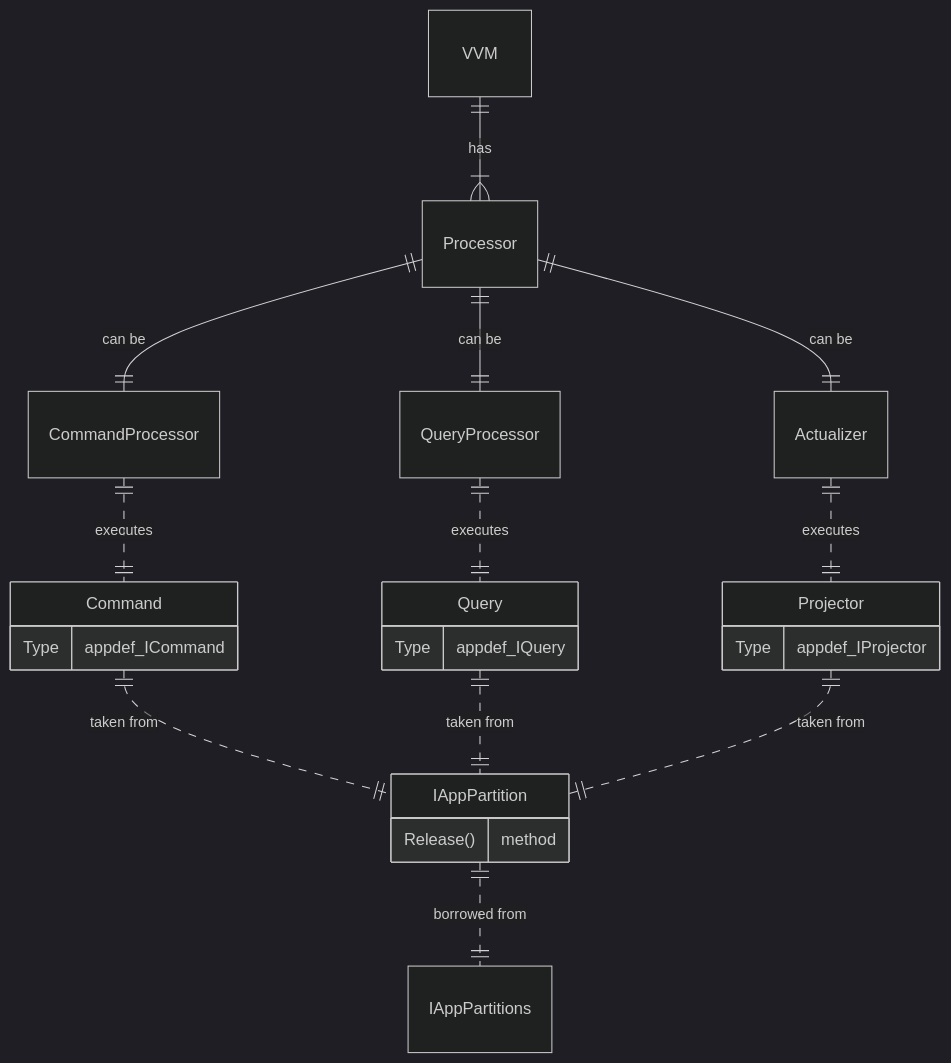
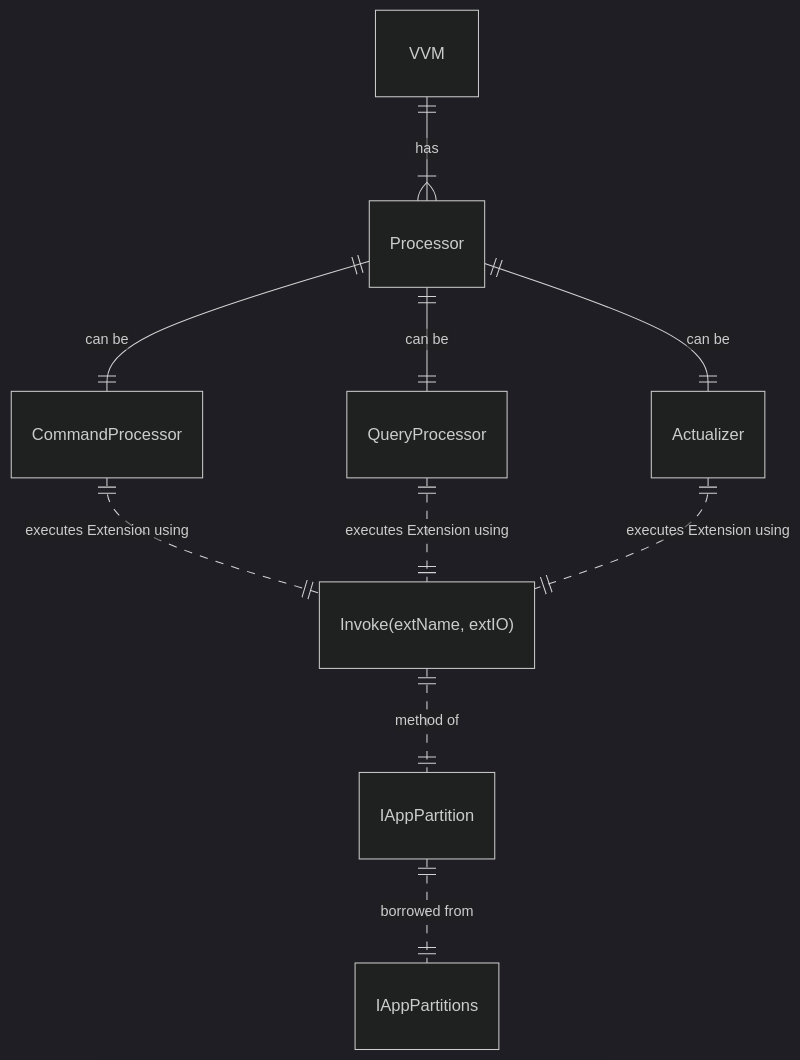
Before and after one commit to voedger/voedger: the fourth of 13 diagrams in design/README.md, drawn with Mermaid (dark theme). The commit also changed other lines of this file and 3 other files, not shown here.

````diff
--- a/design/README.md
+++ b/design/README.md
@@ -128,37 +128,22 @@
 ```mermaid
     erDiagram
     
     %% Entities
-
-    Projector{
-        Type   appdef_IProjector
-    }
-    Query{
-        Type   appdef_IQuery
-    }
-    Command {
-        Type   appdef_ICommand
-    }   
-    IAppPartition {
-        Release() method
-    }       
 
     %% Relations
 
     VVM ||--|{ Processor : "has"
 
     Processor ||--|| CommandProcessor : "can be"
     Processor ||--|| QueryProcessor : "can be"
     Processor ||--|| Actualizer : "can be"   
 
+    CommandProcessor ||..|| "Invoke(extName, extIO)": "executes Extension using"
+    QueryProcessor ||..|| "Invoke(extName, extIO)": "executes Extension using"
+    Actualizer ||..|| "Invoke(extName, extIO)": "executes Extension using"
 
-    Actualizer ||..|| Projector: executes
-    CommandProcessor ||..|| Command: "executes"
-    QueryProcessor ||..|| Query: "executes"
+    "Invoke(extName, extIO)" ||..|| IAppPartition: "method of"
 
-    Command ||..|| IAppPartition: "taken from"
-    Query ||..|| IAppPartition: "taken from"
-    Projector ||..|| IAppPartition: "taken from"
 
     IAppPartition ||..|| IAppPartitions: "borrowed from"
 ```
````
